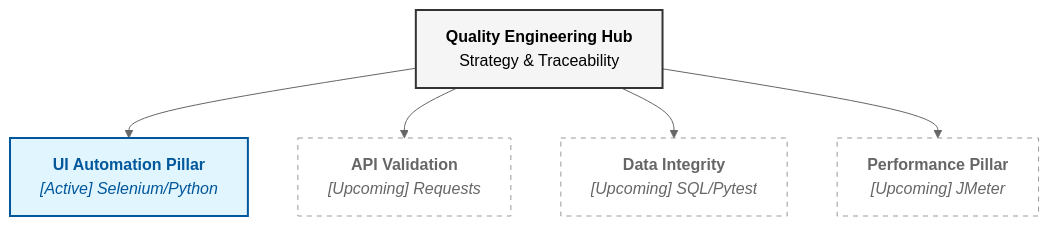
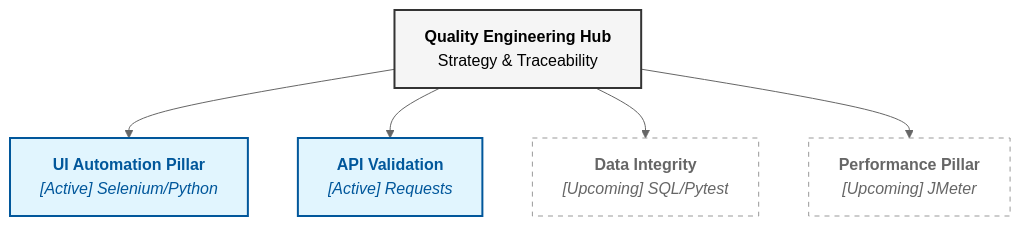
One commit to SrinivasaraoThata/claims-qa-suite changed the diagram in README.md. Above: the diagram before and after it, drawn with Mermaid (neutral theme). The commit also changed other lines of this file, not shown here.

Commit message:
docs: mark API pillar as Active in architecture diagram and add repo link

````diff
--- a/README.md
+++ b/README.md
@@ -11,17 +11,17 @@
 ```mermaid
 graph TD
     hub["<b>Quality Engineering Hub</b><br/>Strategy & Traceability"]
     
     hub --> UI["<b>UI Automation Pillar</b><br/><i>[Active] Selenium/Python</i>"]
-    hub --> API["<b>API Validation</b><br/><i>[Upcoming] Requests</i>"]
+    hub --> API["<b>API Validation</b><br/><i>[Active] Requests</i>"]
     hub --> DATA["<b>Data Integrity</b><br/><i>[Upcoming] SQL/Pytest</i>"]
     hub --> PERF["<b>Performance Pillar</b><br/><i>[Upcoming] JMeter</i>"]
     
     classDef main fill:#f5f5f5,stroke:#333,stroke-width:2px,color:#000;
     classDef active fill:#e1f5fe,stroke:#01579b,stroke-width:2px,color:#01579b;
     classDef upcoming fill:#fff,stroke:#999,stroke-dasharray: 5 5,color:#666;
     
     class hub main;
-    class UI active;
-    class API,DATA,PERF upcoming;
+    class UI,API active;
+    class DATA,PERF upcoming;
 ```
````
